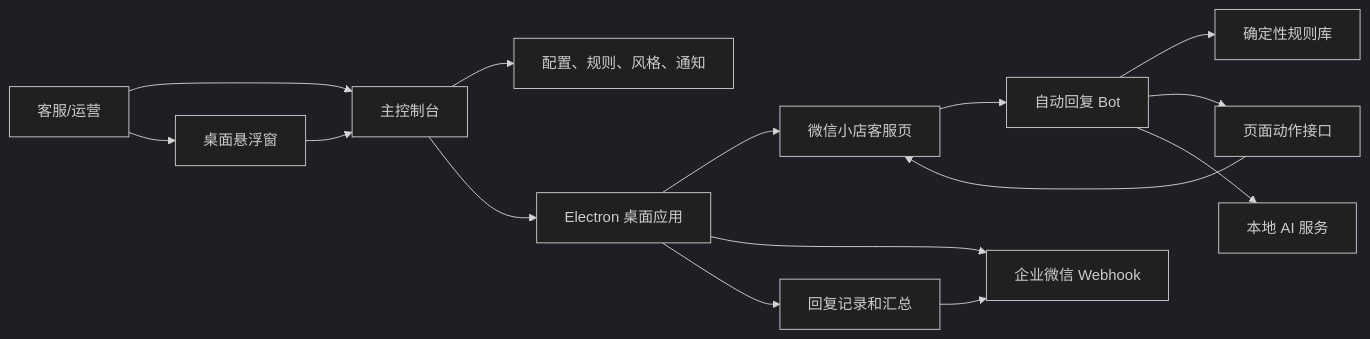
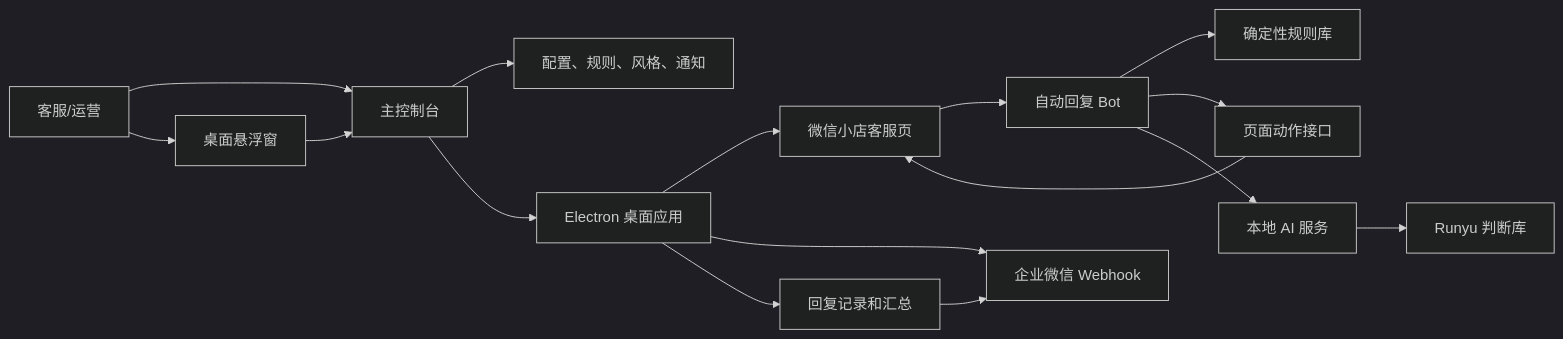
Before and after one commit to JahanHe/wechat-autoreply: the first of 2 diagrams in README.md, drawn with Mermaid (dark theme). The commit also changed other lines of this file and 34 other files, not shown here.

````diff
--- a/README.md
+++ b/README.md
@@ -42,17 +42,18 @@
 ```mermaid
 flowchart LR
   Operator["客服/运营"] --> Console["主控制台"]
   Operator --> Float["桌面悬浮窗"]
   Console --> Config["配置、规则、风格、通知"]
   Float --> Console
   Console --> App["Electron 桌面应用"]
   App --> Page["微信小店客服页"]
   Page --> Bot["自动回复 Bot"]
   Bot --> Rules["确定性规则库"]
   Bot --> Actions["页面动作接口"]
   Bot --> AI["本地 AI 服务"]
+  AI --> Judgments["Runyu 判断库"]
   Actions --> Page
   App --> Hook["企业微信 Webhook"]
   App --> Records["回复记录和汇总"]
   Records --> Hook
 ```
````
